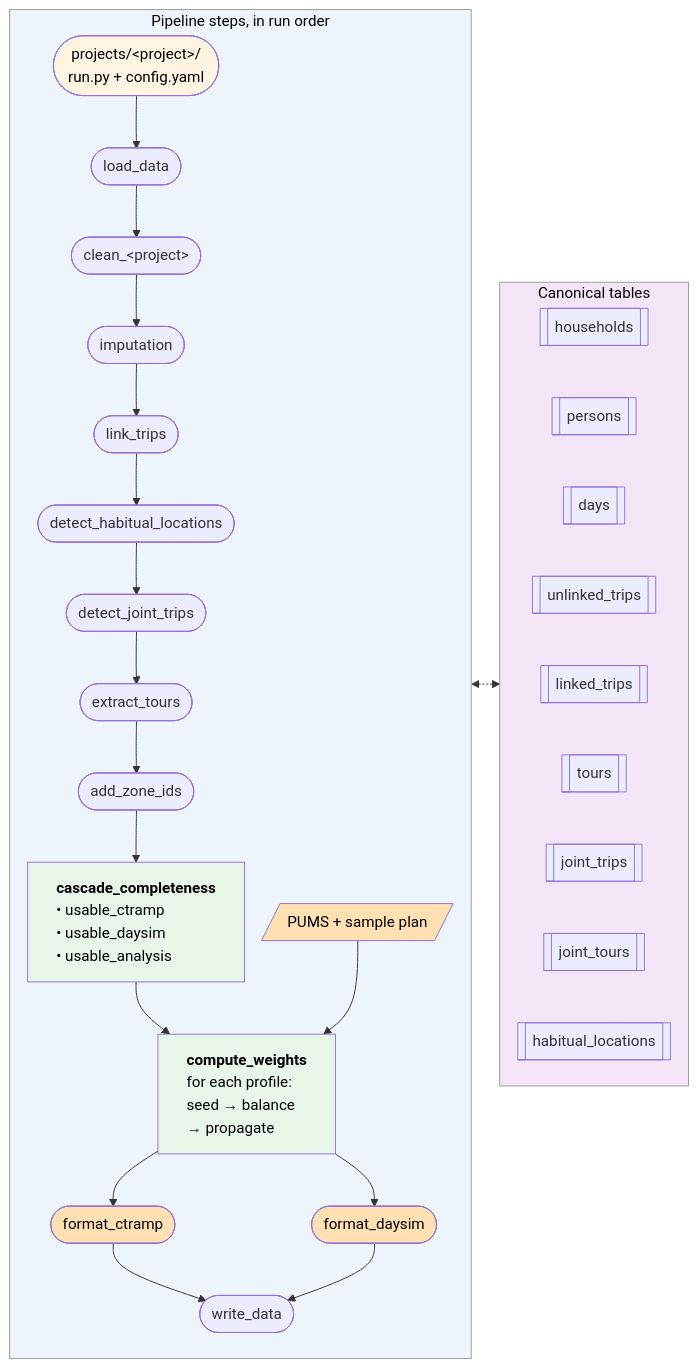
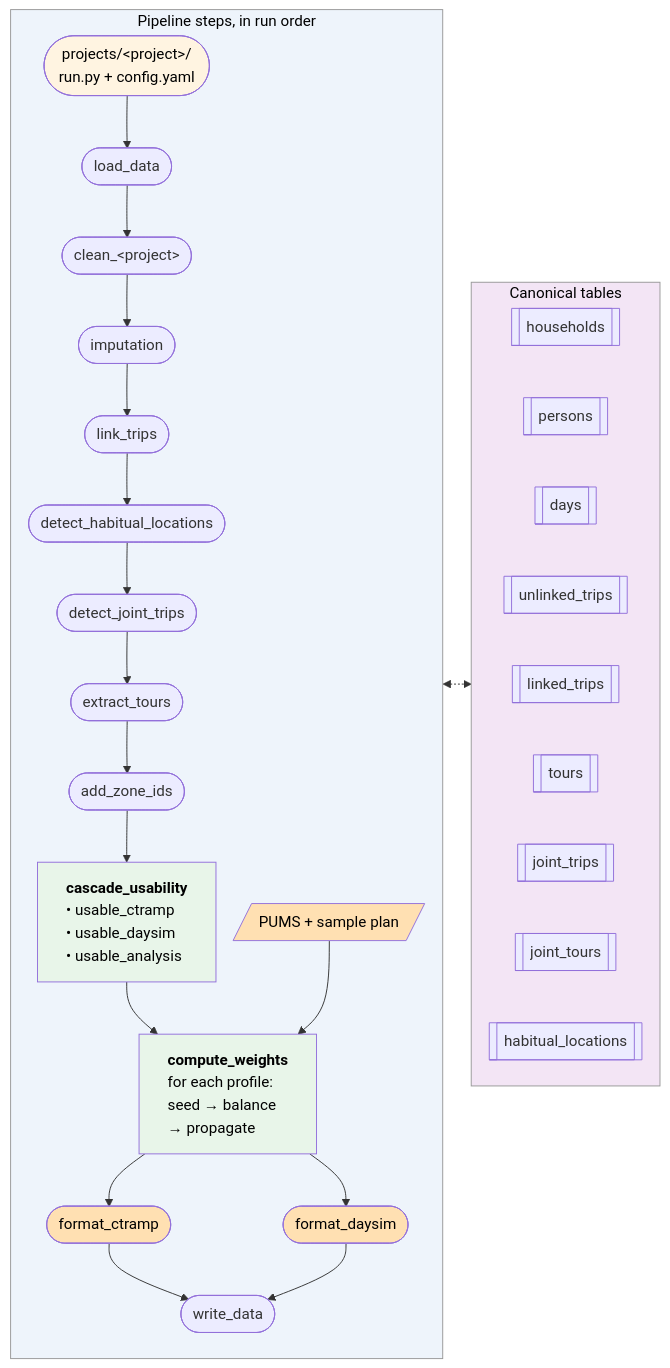
The diagram in README.md (BayAreaMetro/travel-diary-survey-tools), drawn with Mermaid before and after one commit. The commit also changed other lines of this file and 47 other files, not shown here.

First line of the commit message:
Rename cascade_completeness to cascade_usability

````diff
--- a/README.md
+++ b/README.md
@@ -67,32 +67,32 @@
 ```mermaid
 %%{init: {"flowchart": {"rankSpacing": 30, "nodeSpacing": 18}}}%%
 flowchart LR
   subgraph Pipeline[Pipeline steps, in run order]
     direction TB
     Setup(["projects/#lt;project#gt;/<br/>run.py + config.yaml"]) --> Load
     Load([load_data]) --> Clean(["clean_#lt;project#gt;"]) --> Impute([imputation]) --> Link([link_trips])
     Link --> Hab([detect_habitual_locations]) --> Joint([detect_joint_trips]) --> Tours([extract_tours])
     Tours --> Zones([add_zone_ids]) --> Comp
-    Comp["<b>cascade_completeness</b><br/>• usable_ctramp<br/>• usable_daysim<br/>• usable_analysis"] --> Weights
+    Comp["<b>cascade_usability</b><br/>• usable_ctramp<br/>• usable_daysim<br/>• usable_analysis"] --> Weights
     PUMS[/PUMS + sample plan/] --> Weights
     Weights["<b>compute_weights</b><br/>for each profile:<br/>seed → balance<br/>→ propagate"]
     Weights --> CT([format_ctramp]) --> Write([write_data])
     Weights --> DS([format_daysim]) --> Write
   end
 
   subgraph Tables[Canonical tables]
     direction TB
     H[[households]] ~~~ P[[persons]] ~~~ D[[days]] ~~~ U[[unlinked_trips]] ~~~ L[[linked_trips]] ~~~ T[[tours]] ~~~ J[[joint_trips]] ~~~ JT[[joint_tours]] ~~~ HL[[habitual_locations]]
   end
 
   Pipeline <-.-> Tables
 
   style Setup fill:#fff4e1,color:#000
   style Pipeline fill:#eef4fb,stroke:#999,color:#000
   style Tables fill:#f3e5f5,stroke:#999,color:#000
   style PUMS fill:#ffe0b2,color:#000
   style Comp text-align:left,fill:#e8f5e9,color:#000
   style Weights text-align:left,fill:#e8f5e9,color:#000
   style CT fill:#ffe0b2,color:#000
   style DS fill:#ffe0b2,color:#000
 ```
````
